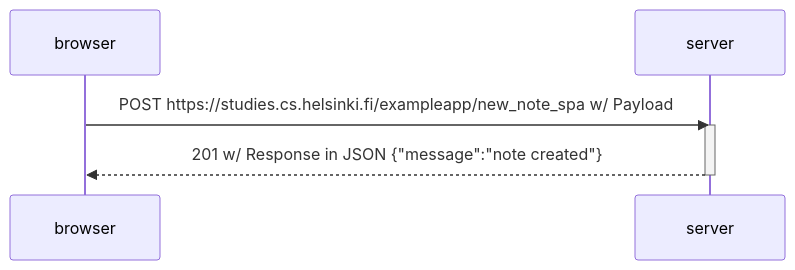
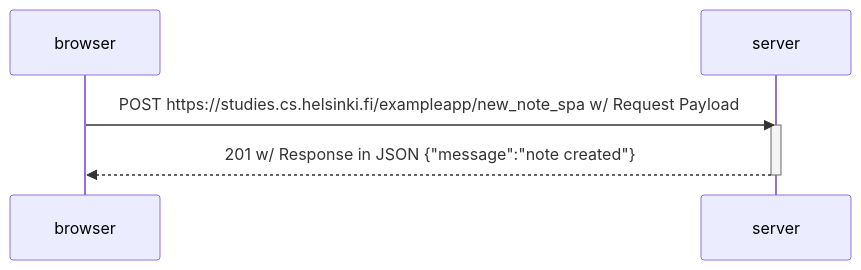
The diagram in part0/05-single-page-app-diagram.md (vasapolrittideah/fullstackopen-course), drawn with Mermaid before and after one commit. The commit also changed 1 other file, not shown here.

Commit message:
part0: update 04-new-note-diagram.md

````diff
--- a/part0/05-single-page-app-diagram.md
+++ b/part0/05-single-page-app-diagram.md
@@ -3,10 +3,10 @@
 ```mermaid
 sequenceDiagram
     participant browser
     participant server
 
-    browser->>server: POST https://studies.cs.helsinki.fi/exampleapp/new_note_spa w/ Payload
+    browser->>server: POST https://studies.cs.helsinki.fi/exampleapp/new_note_spa w/ Request Payload
     activate server
     server-->>browser: 201 w/ Response in JSON {"message":"note created"}
     deactivate server
 ```
````
